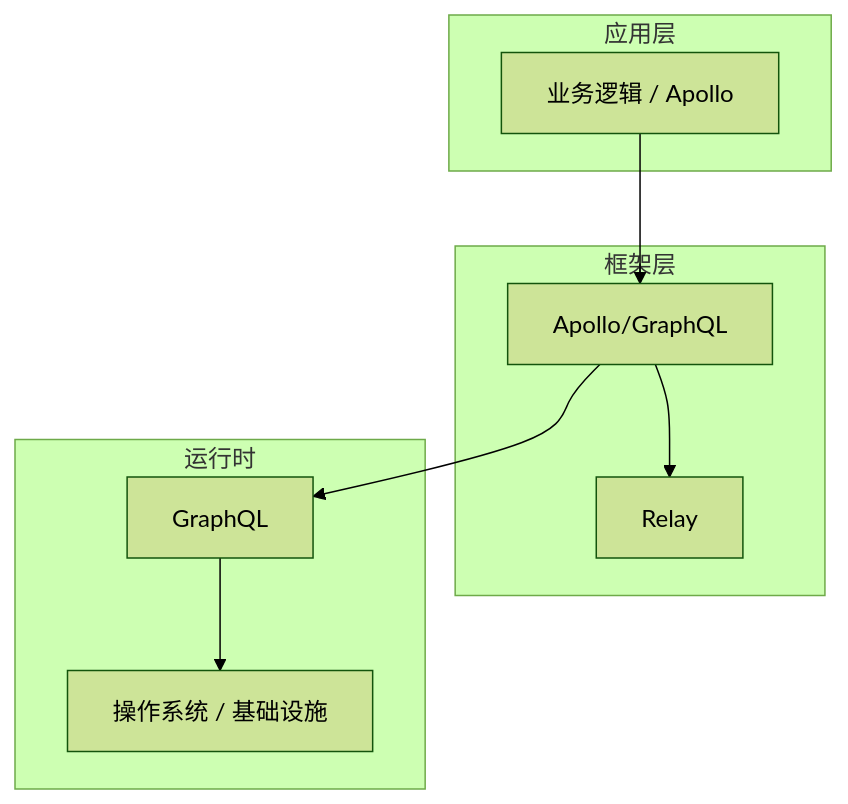
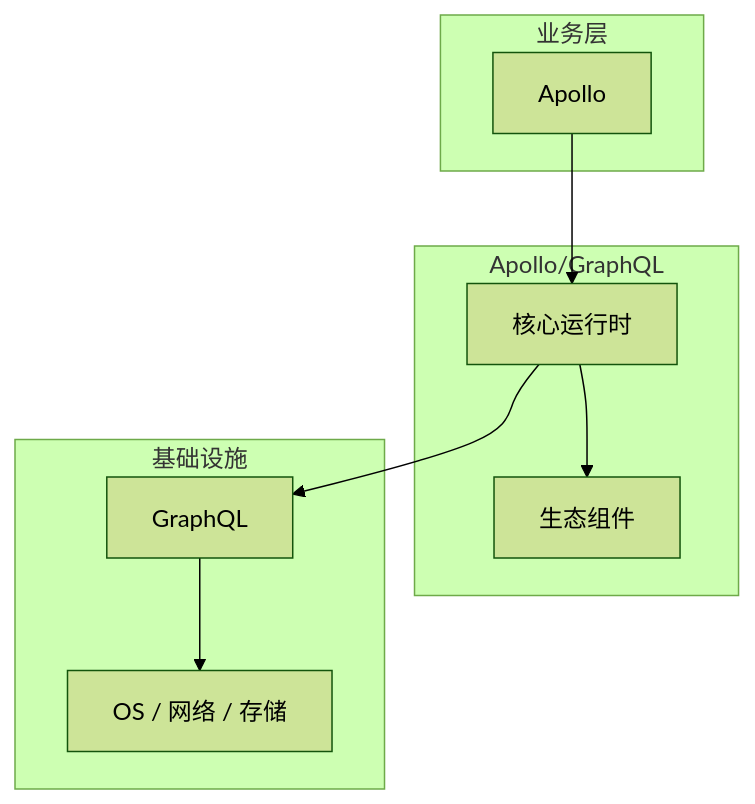
One commit to yanggan2015/knowledge-json-v2 changed the diagram in articles/GraphQL/chapters/053-Apollo核心概念与原理.md. Above: the diagram before and after it, drawn with Mermaid (forest theme). The commit also changed other lines of this file and 10127 other files, not shown here.

````diff
--- a/articles/GraphQL/chapters/053-Apollo核心概念与原理.md
+++ b/articles/GraphQL/chapters/053-Apollo核心概念与原理.md
@@ -45,18 +34,18 @@
 ```mermaid
 graph TB
-    subgraph 应用层
-        A[业务逻辑 / Apollo]
+    subgraph 业务层
+        A[Apollo]
     end
-    subgraph 框架层
-        B[Apollo/GraphQL]
-        C[Relay]
+    subgraph Apollo/GraphQL
+        B[核心运行时]
+        C[生态组件]
     end
-    subgraph 运行时
+    subgraph 基础设施
         D[GraphQL]
-        E[操作系统 / 基础设施]
+        E[OS / 网络 / 存储]
     end
     A --> B
     B --> C
     B --> D
     D --> E
 ```
````
